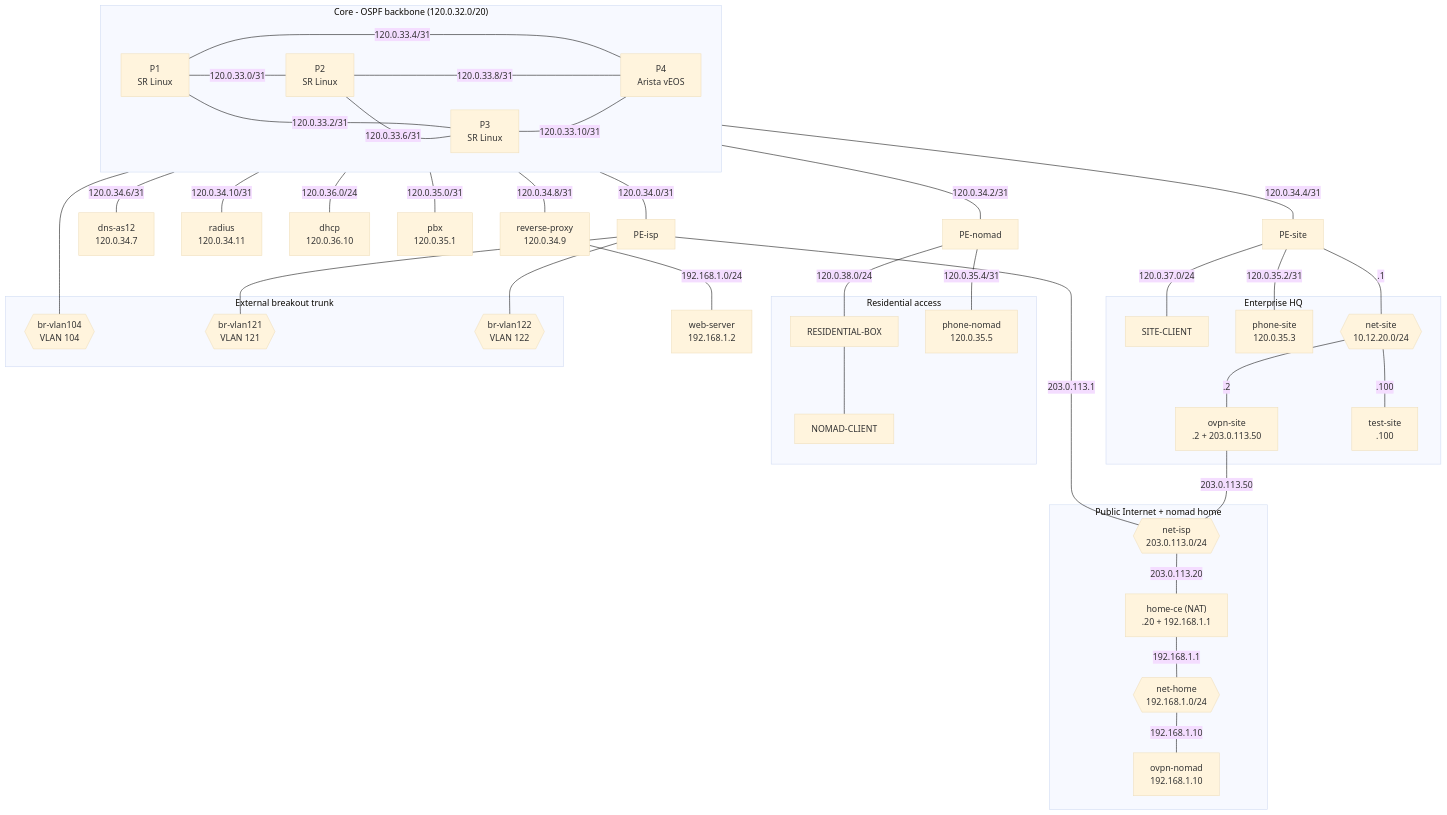
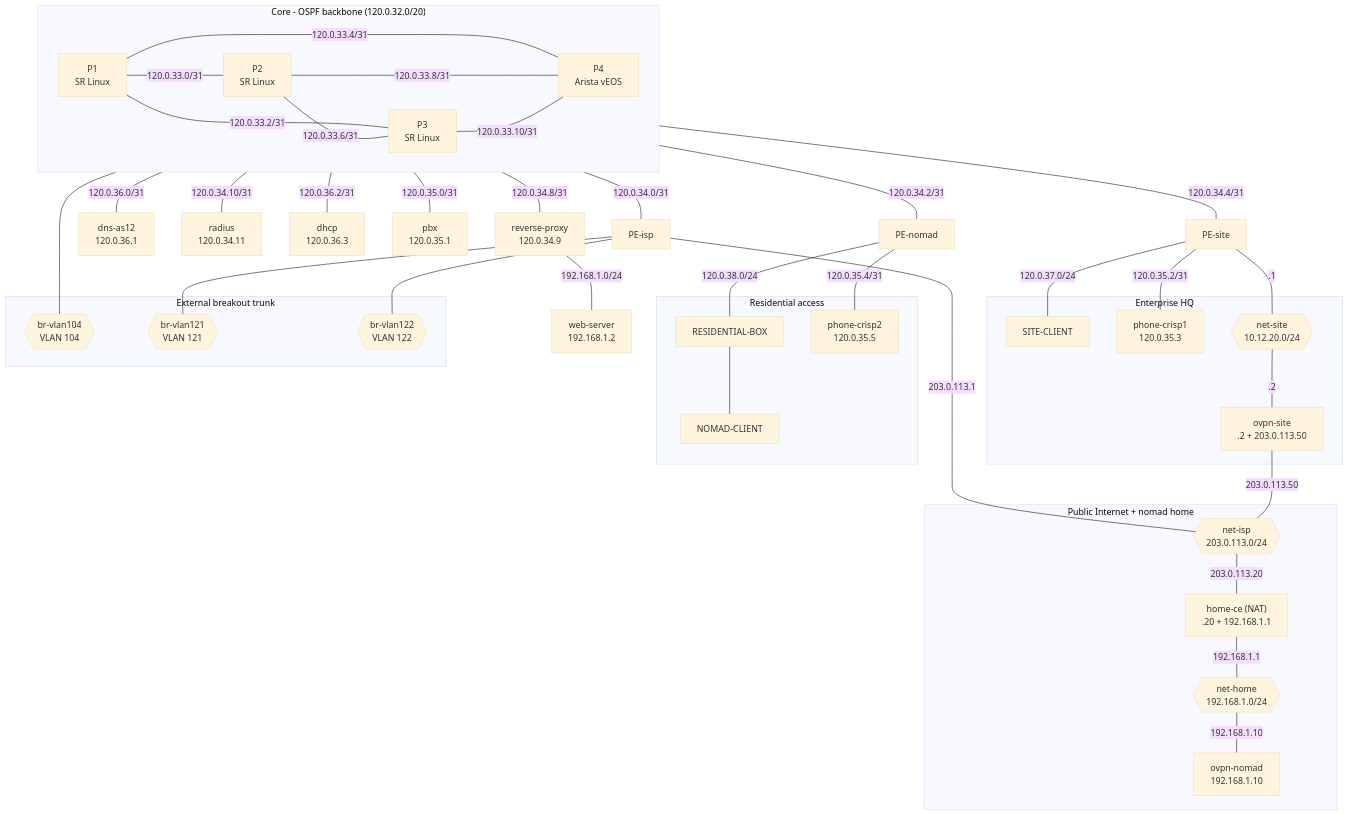
The first of 2 diagrams in README.md (yfgrepcat/CrISP), drawn with Mermaid before and after one commit. The commit also changed other lines of this file and 21 other files, not shown here.

```diff
--- a/README.md
+++ b/README.md
@@ -127,15 +127,15 @@
   %% --- services directly on the core ---
   RP["reverse-proxy<br/>120.0.34.9"]
   WEB["web-server<br/>192.168.1.2"]
-  DNS["dns-as12<br/>120.0.34.7"]
+  DNS["dns-as12<br/>120.0.36.1"]
   RADIUS["radius<br/>120.0.34.11"]
-  DHCP["dhcp<br/>120.0.36.10"]
+  DHCP["dhcp<br/>120.0.36.3"]
   PBX["pbx<br/>120.0.35.1"]
   P1 ---|"120.0.34.8/31"| RP
   RP ---|"192.168.1.0/24"| WEB
-  P2 ---|"120.0.34.6/31"| DNS
+  P1 ---|"120.0.36.0/31"| DNS
+  P1 ---|"120.0.36.2/31"| DHCP
   P2 ---|"120.0.34.10/31"| RADIUS
-  P3 ---|"120.0.36.0/24"| DHCP
   P4 ---|"120.0.35.0/31"| PBX
 
   %% --- PE routers ---
@@ -146,22 +146,20 @@
   %% --- HQ site (net-site) ---
   subgraph HQ["Enterprise HQ"]
     SITEC["SITE-CLIENT"]
-    PHs["phone-site<br/>120.0.35.3"]
+    PHs["phone-crisp1<br/>120.0.35.3"]
     NETSITE{{"net-site<br/>10.12.20.0/24"}}
     OVPNs["ovpn-site<br/>.2 + 203.0.113.50"]
-    TEST["test-site<br/>.100"]
   end
   PEsite ---|"120.0.37.0/24"| SITEC
   PEsite ---|"120.0.35.2/31"| PHs
   PEsite ---|".1"| NETSITE
   NETSITE ---|".2"| OVPNs
-  NETSITE ---|".100"| TEST
 
   %% --- residential access ---
   subgraph RES["Residential access"]
     RBOX["RESIDENTIAL-BOX"]
     NOMADC["NOMAD-CLIENT"]
-    PHn["phone-nomad<br/>120.0.35.5"]
+    PHn["phone-crisp2<br/>120.0.35.5"]
   end
   PEnomad ---|"120.0.38.0/24"| RBOX
   RBOX --- NOMADC
```
